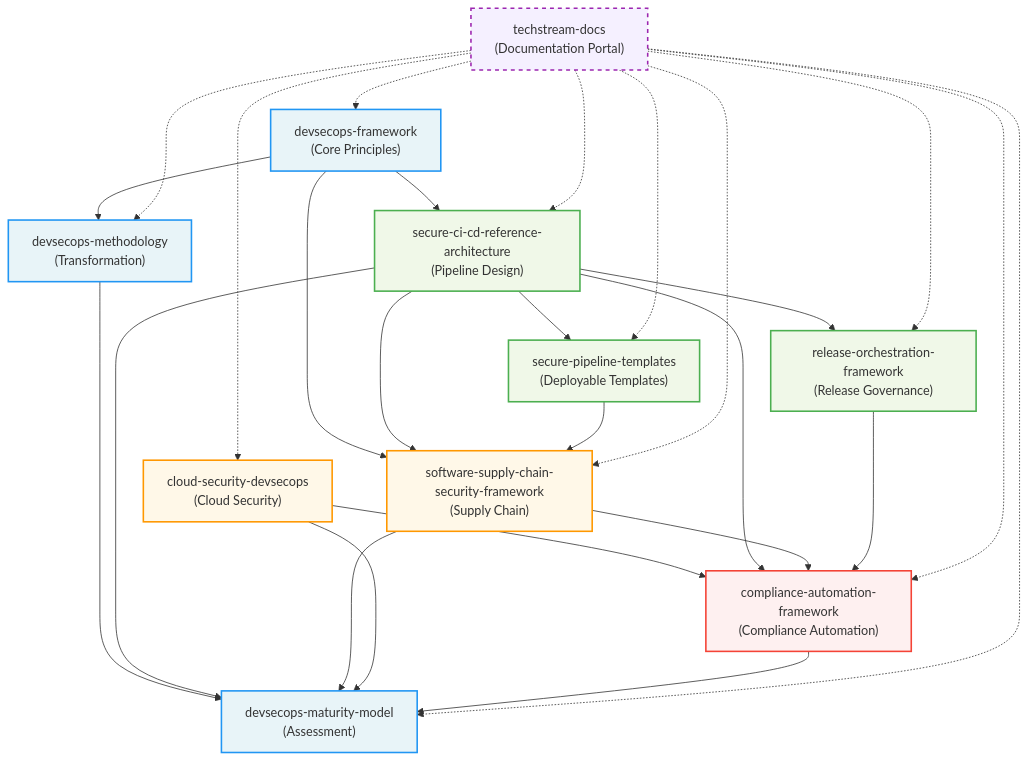
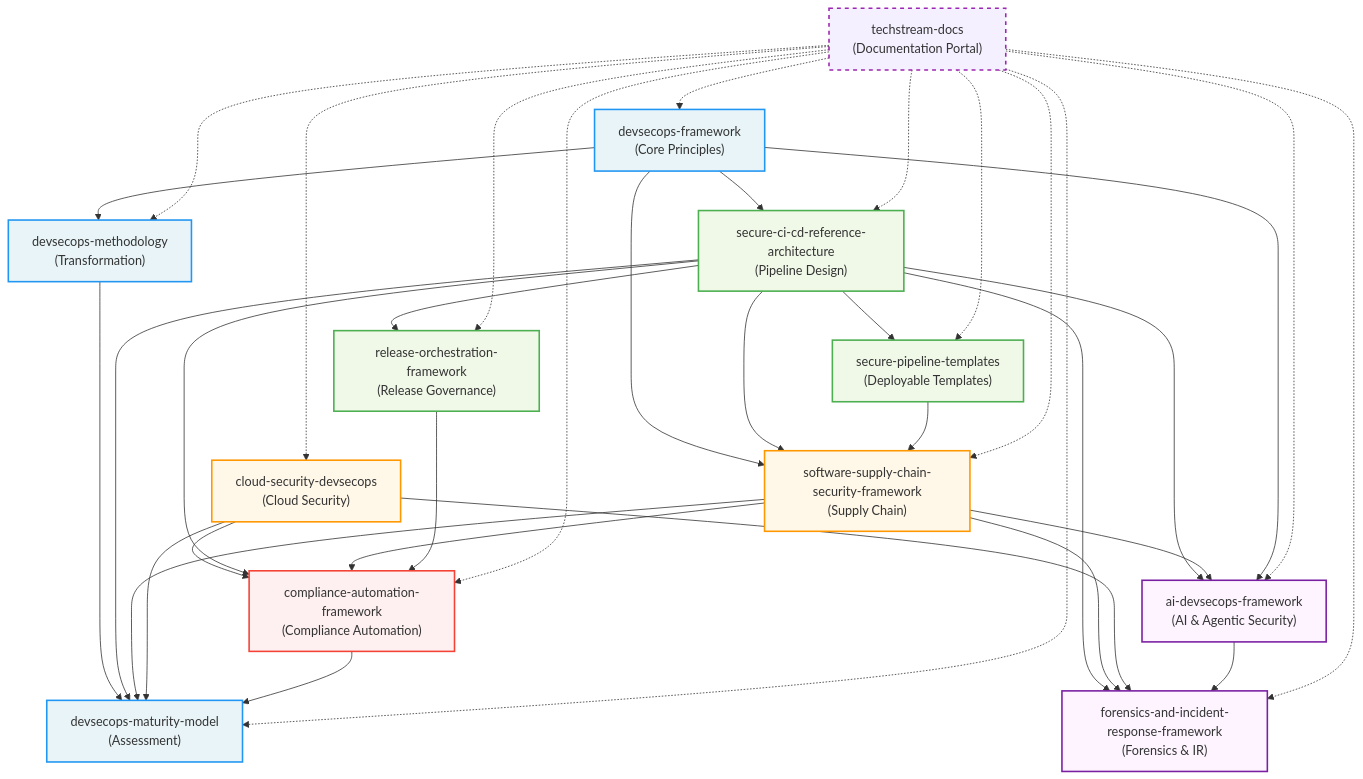
One commit to sotille/techstream-docs changed the diagram in README.md. Above: the diagram before and after it, drawn with Mermaid. The commit also changed other lines of this file and 5 other files, not shown here.

First line of the commit message:
feat: integrate forensics and AI/agentic security frameworks into ecosystem

````diff
--- a/README.md
+++ b/README.md
@@ -93,6 +115,10 @@
 
     %% Compliance and governance layer
     CAF["compliance-automation-framework\n(Compliance Automation)"]
+
+    %% Cross-cutting layers
+    FIRF["forensics-and-incident-response-framework\n(Forensics & IR)"]
+    AIDF["ai-devsecops-framework\n(AI & Agentic Security)"]
 
     %% Central docs
     TSD["techstream-docs\n(Documentation Portal)"]
@@ -121,6 +147,17 @@
     CSD --> DMM
     CAF --> DMM
 
+    %% Forensics consumes evidence from all pipeline/cloud/supply chain frameworks
+    SCICD --> FIRF
+    SSC --> FIRF
+    CSD --> FIRF
+    AIDF --> FIRF
+
+    %% AI framework extends pipeline and supply chain security
+    SCICD --> AIDF
+    SSC --> AIDF
+    DSF --> AIDF
+
     %% Docs portal links all
     TSD -.-> DSF
     TSD -.-> DSM
@@ -131,17 +168,21 @@
     TSD -.-> CSD
     TSD -.-> CAF
     TSD -.-> ROF
+    TSD -.-> FIRF
+    TSD -.-> AIDF
 
     %% Styling
     classDef foundation fill:#e8f4f8,stroke:#2196F3,stroke-width:2px
     classDef pipeline fill:#f0f8e8,stroke:#4CAF50,stroke-width:2px
     classDef domain fill:#fff8e8,stroke:#FF9800,stroke-width:2px
     classDef compliance fill:#fef0f0,stroke:#F44336,stroke-width:2px
+    classDef crosscutting fill:#fdf4ff,stroke:#7B1FA2,stroke-width:2px
     classDef portal fill:#f5f0ff,stroke:#9C27B0,stroke-width:2px,stroke-dasharray:5
 
     class DSF,DSM,DMM foundation
     class SCICD,SPT,ROF pipeline
     class SSC,CSD domain
     class CAF compliance
+    class FIRF,AIDF crosscutting
     class TSD portal
 ```
````
